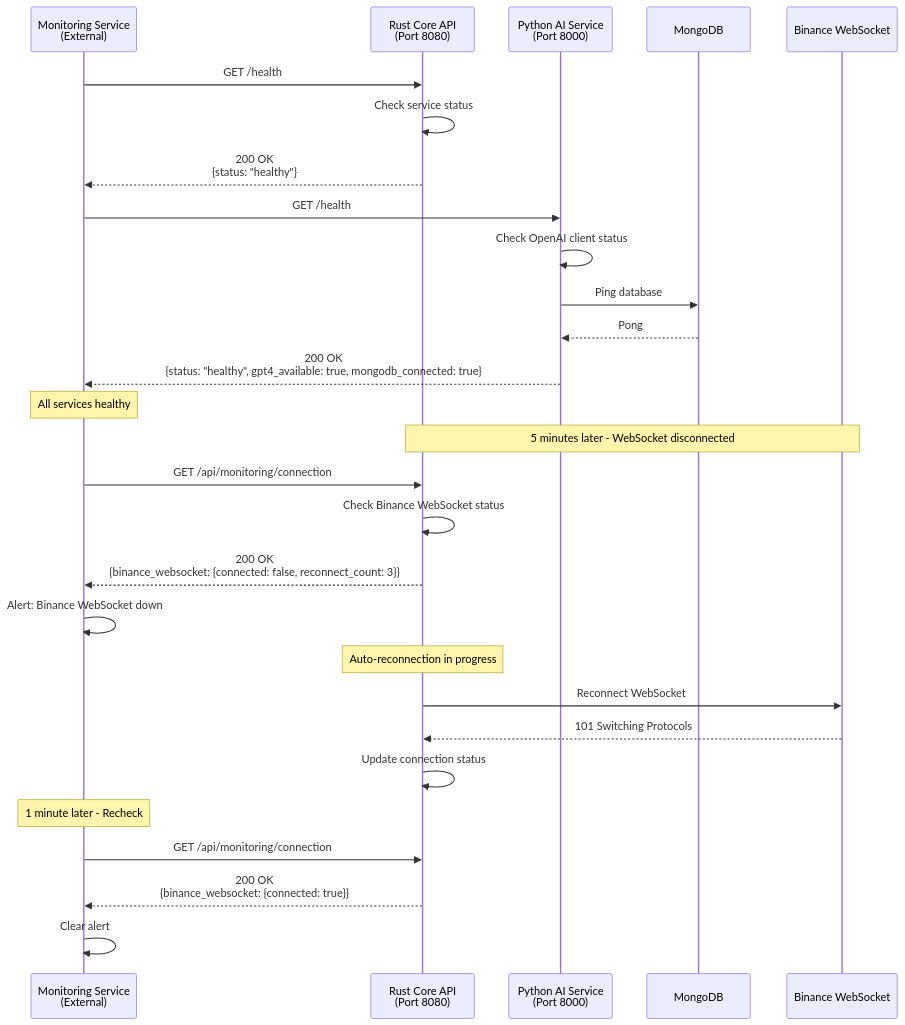
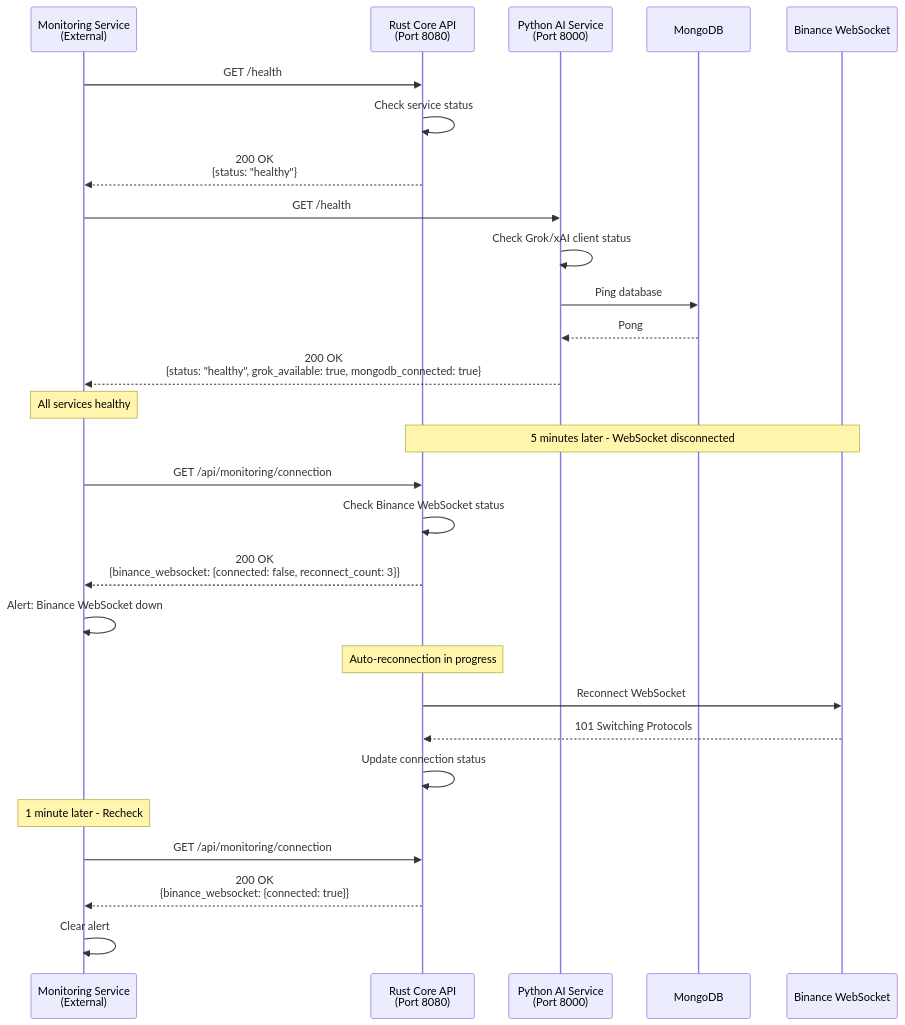
One commit to magic-ai-trading-bot/bot-core changed diagram 13 of 14 in specifications/02-design/2.3-api/API-SEQUENCES.mermaid. Above: the diagram before and after it, drawn with Mermaid. The commit also changed other lines of this file and 52 other files, not shown here.

````diff
--- a/specifications/02-design/2.3-api/API-SEQUENCES.mermaid
+++ b/specifications/02-design/2.3-api/API-SEQUENCES.mermaid
@@ -557,51 +557,51 @@
 ```mermaid
 sequenceDiagram
     participant Monitoring as Monitoring Service<br/>(External)
     participant RustAPI as Rust Core API<br/>(Port 8080)
     participant PythonAI as Python AI Service<br/>(Port 8000)
     participant MongoDB
     participant Binance as Binance WebSocket
 
     Monitoring->>RustAPI: GET /health
 
     RustAPI->>RustAPI: Check service status
 
     RustAPI-->>Monitoring: 200 OK<br/>{status: "healthy"}
 
     Monitoring->>PythonAI: GET /health
 
-    PythonAI->>PythonAI: Check OpenAI client status
+    PythonAI->>PythonAI: Check Grok/xAI client status
     PythonAI->>MongoDB: Ping database
 
     MongoDB-->>PythonAI: Pong
 
-    PythonAI-->>Monitoring: 200 OK<br/>{status: "healthy", gpt4_available: true, mongodb_connected: true}
+    PythonAI-->>Monitoring: 200 OK<br/>{status: "healthy", grok_available: true, mongodb_connected: true}
 
     Note over Monitoring: All services healthy
 
     Note over RustAPI,Binance: 5 minutes later - WebSocket disconnected
 
     Monitoring->>RustAPI: GET /api/monitoring/connection
 
     RustAPI->>RustAPI: Check Binance WebSocket status
 
     RustAPI-->>Monitoring: 200 OK<br/>{binance_websocket: {connected: false, reconnect_count: 3}}
 
     Monitoring->>Monitoring: Alert: Binance WebSocket down
 
     Note over RustAPI: Auto-reconnection in progress
 
     RustAPI->>Binance: Reconnect WebSocket
 
     Binance-->>RustAPI: 101 Switching Protocols
 
     RustAPI->>RustAPI: Update connection status
 
     Note over Monitoring: 1 minute later - Recheck
 
     Monitoring->>RustAPI: GET /api/monitoring/connection
 
     RustAPI-->>Monitoring: 200 OK<br/>{binance_websocket: {connected: true}}
 
     Monitoring->>Monitoring: Clear alert
 ```
````
